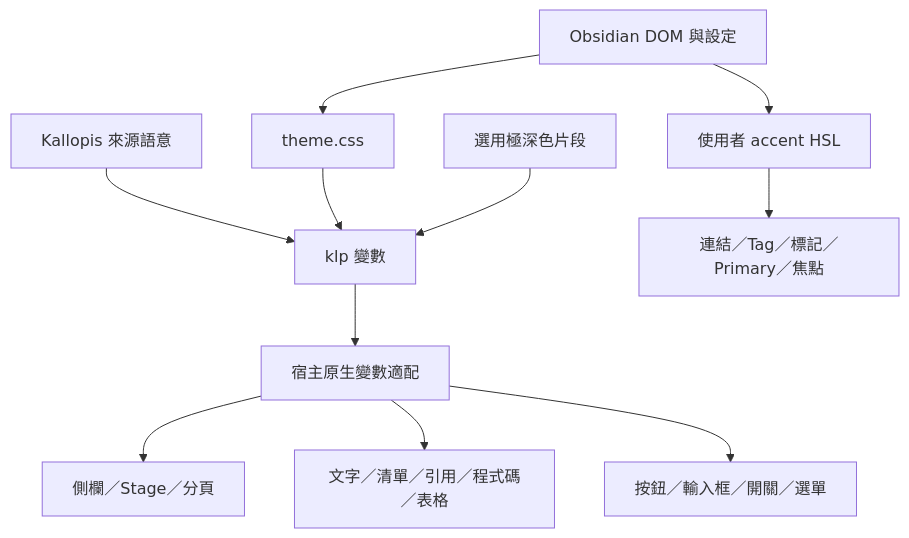
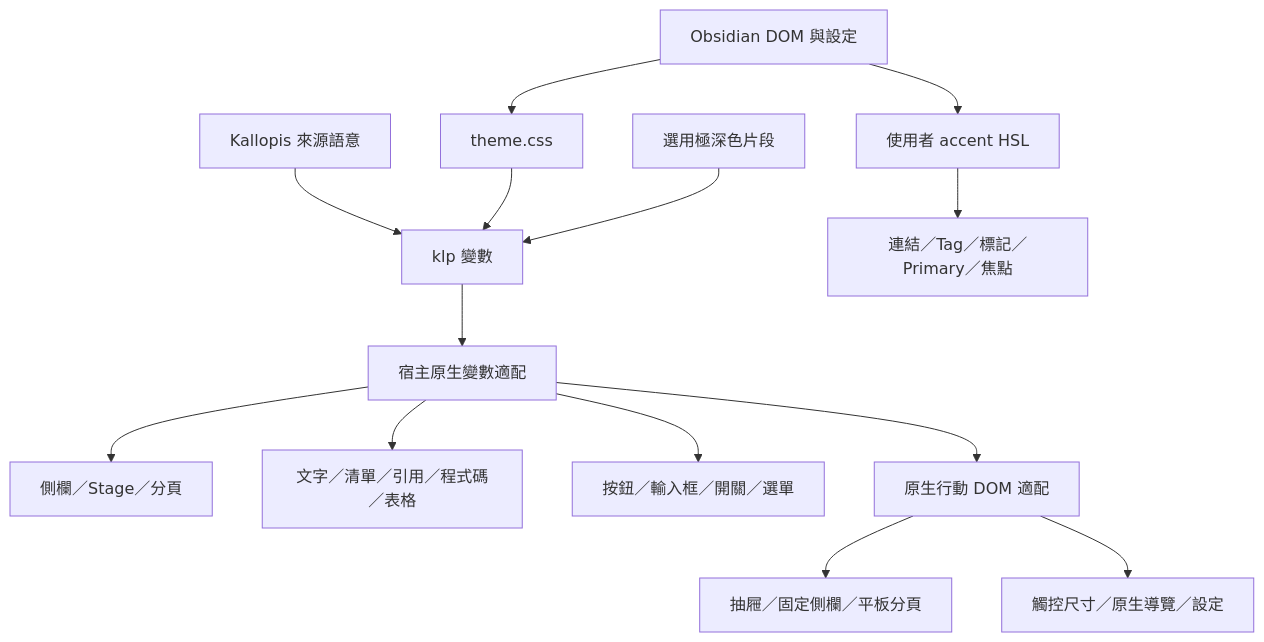
One commit to MiuDog/MicroStereo changed the diagram in architecture.md. Above: the diagram before and after it, drawn with Mermaid. The commit also changed other lines of this file and 4 other files, not shown here.

````diff
--- a/architecture.md
+++ b/architecture.md
@@ -18,13 +18,16 @@
 ```mermaid
 flowchart TD
 	Host[Obsidian DOM 與設定] --> CSS[theme.css]
 	Source[Kallopis 來源語意] --> Tokens[klp 變數]
 	CSS --> Tokens
 	Tokens --> Adapter[宿主原生變數適配]
 	Adapter --> Workspace[側欄／Stage／分頁]
 	Adapter --> Content[文字／清單／引用／程式碼／表格]
 	Adapter --> Controls[按鈕／輸入框／開關／選單]
+	Adapter --> Mobile[原生行動 DOM 適配]
+	Mobile --> Drawers[抽屜／固定側欄／平板分頁]
+	Mobile --> Touch[觸控尺寸／原生導覽／設定]
 	Host --> Accent[使用者 accent HSL]
 	Accent --> Colored[連結／Tag／標記／Primary／焦點]
 	Extra[選用極深色片段] --> Tokens
 ```
````
